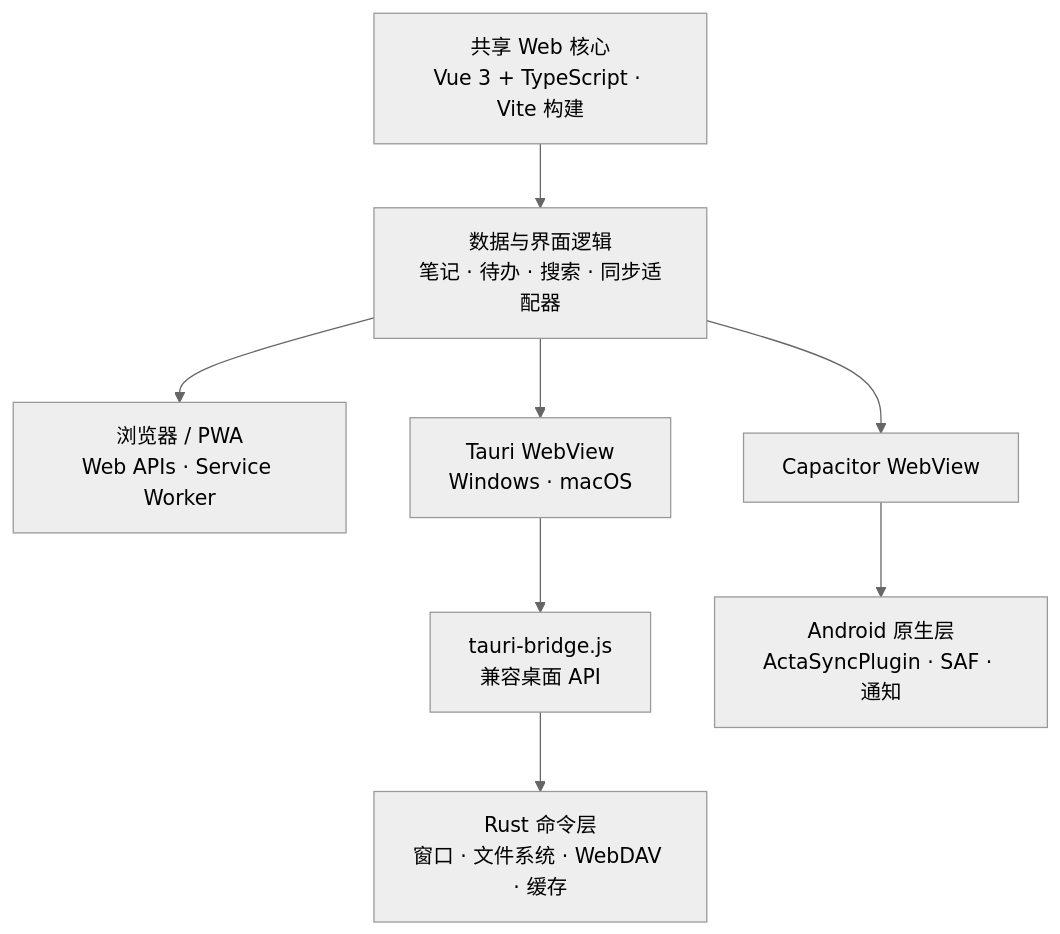
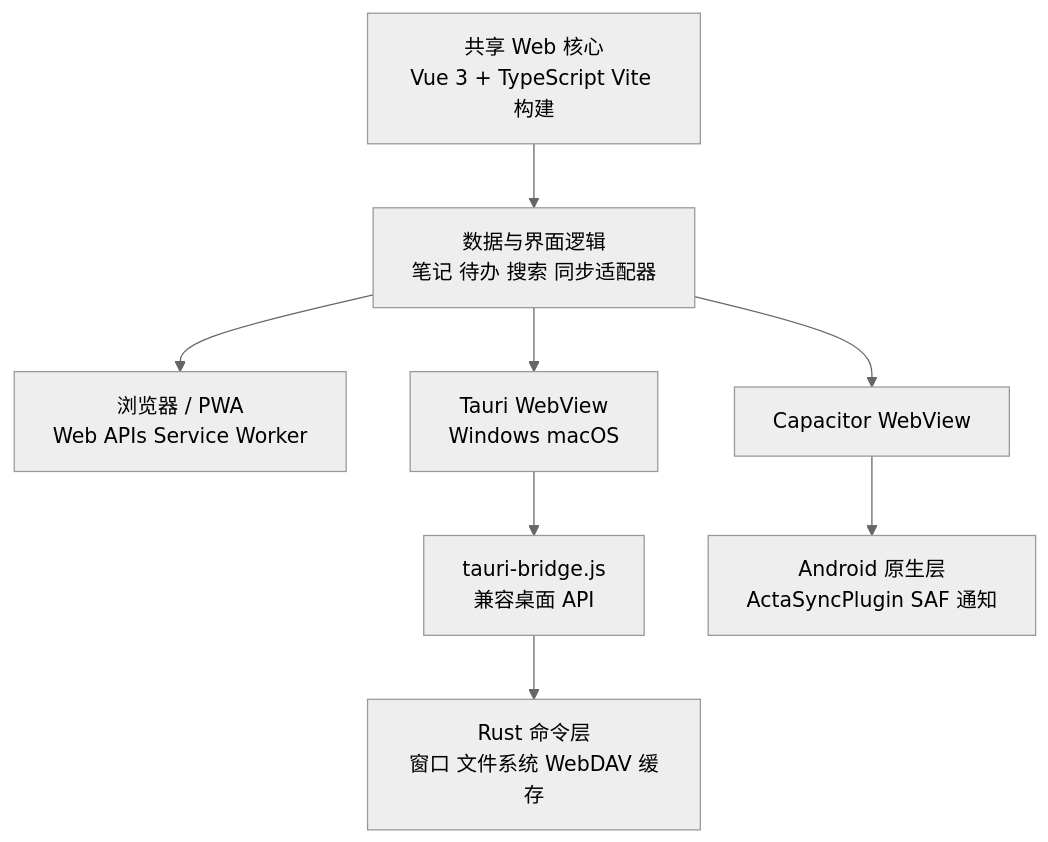
One commit to MogroWangStudio/Acta changed the diagram in README.md. Above: the diagram before and after it, drawn with Mermaid (neutral theme). The commit also changed other lines of this file and 7 other files, not shown here.

````diff
--- a/README.md
+++ b/README.md
@@ -80,16 +80,16 @@
 ```mermaid
 flowchart TB
-    Core["共享 Web 核心<br/>Vue 3 + TypeScript · Vite 构建"]
-    Model["数据与界面逻辑<br/>笔记 · 待办 · 搜索 · 同步适配器"]
-    PWA["浏览器 / PWA<br/>Web APIs · Service Worker"]
-    Tauri["Tauri WebView<br/>Windows · macOS"]
+    Core["共享 Web 核心<br/>Vue 3 + TypeScript Vite 构建"]
+    Model["数据与界面逻辑<br/>笔记 待办 搜索 同步适配器"]
+    PWA["浏览器 / PWA<br/>Web APIs Service Worker"]
+    Tauri["Tauri WebView<br/>Windows macOS"]
     Bridge["tauri-bridge.js<br/>兼容桌面 API"]
-    Rust["Rust 命令层<br/>窗口 · 文件系统 · WebDAV · 缓存"]
+    Rust["Rust 命令层<br/>窗口 文件系统 WebDAV 缓存"]
     Android["Capacitor WebView"]
-    Native["Android 原生层<br/>ActaSyncPlugin · SAF · 通知"]
+    Native["Android 原生层<br/>ActaSyncPlugin SAF 通知"]
 
     Core --> Model
     Model --> PWA
     Model --> Tauri --> Bridge --> Rust
     Model --> Android --> Native
 ```
````
